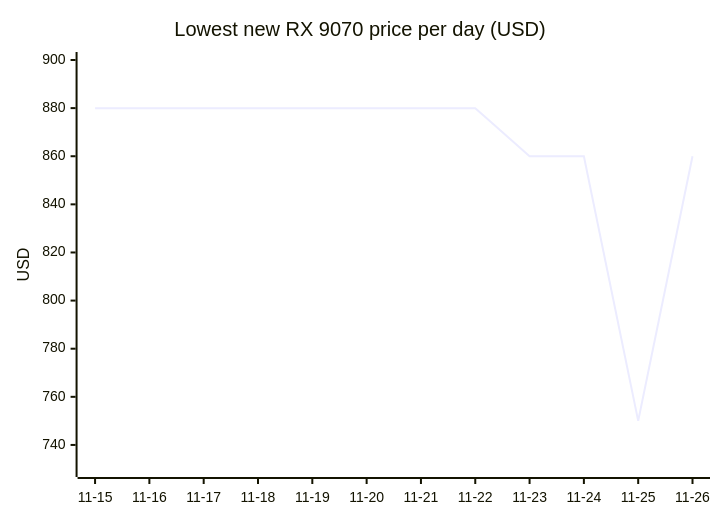
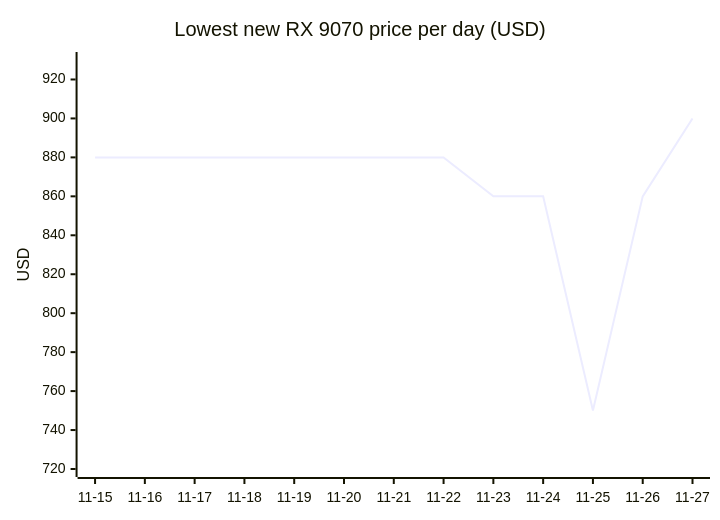
Before and after one commit to 7324136828/4tb_ssd_price_watch: diagram 12 of 18 in README.md, drawn with Mermaid. The commit also changed other lines of this file, not shown here.

````diff
--- a/README.md
+++ b/README.md
@@ -1303,7 +1340,7 @@
 ```mermaid
 xychart-beta
     title "Lowest new RX 9070 price per day (USD)"
-    x-axis ["11-15", "11-16", "11-17", "11-18", "11-19", "11-20", "11-21", "11-22", "11-23", "11-24", "11-25", "11-26"]
-    y-axis "USD" 730 --> 900
-    line [879.99, 879.99, 879.99, 879.99, 879.99, 879.99, 879.99, 879.99, 859.99, 859.99, 749.99, 859.99]
+    x-axis ["11-15", "11-16", "11-17", "11-18", "11-19", "11-20", "11-21", "11-22", "11-23", "11-24", "11-25", "11-26", "11-27"]
+    y-axis "USD" 720 --> 930
+    line [879.99, 879.99, 879.99, 879.99, 879.99, 879.99, 879.99, 879.99, 859.99, 859.99, 749.99, 859.99, 899.99]
 ```
````
